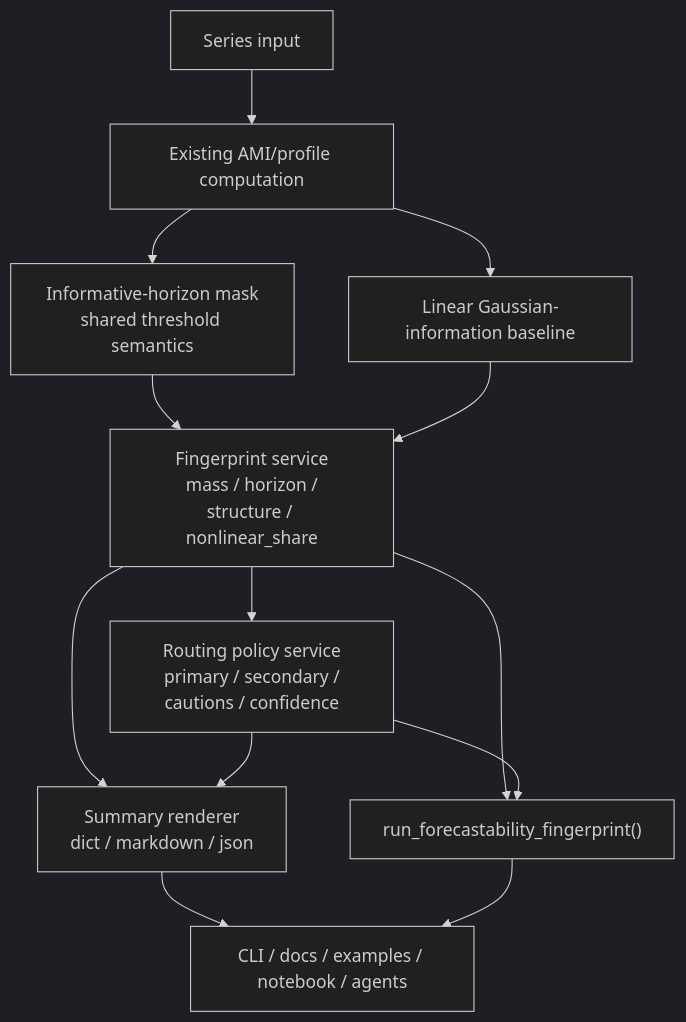
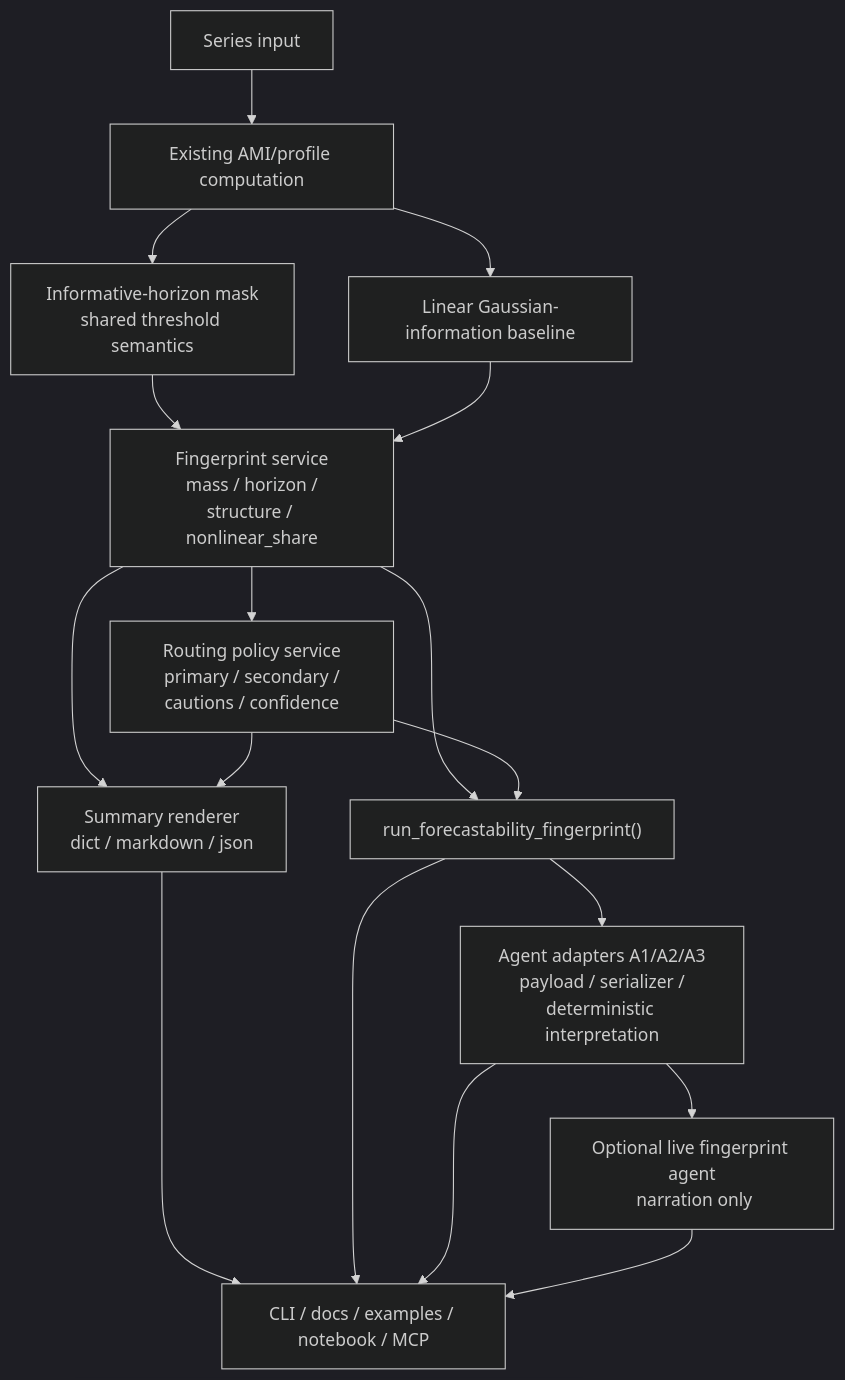
One commit to AdamKrysztopa/dependence-forecastability changed the diagram in docs/plan/v0_3_1_forecastability_fingerprint_model_routing_plan.md. Above: the diagram before and after it, drawn with Mermaid (dark theme). The commit also changed other lines of this file and 6 other files, not shown here.

````diff
--- a/docs/plan/v0_3_1_forecastability_fingerprint_model_routing_plan.md
+++ b/docs/plan/v0_3_1_forecastability_fingerprint_model_routing_plan.md
@@ -871,15 +992,19 @@
 ```mermaid
 flowchart TD
     A["Series input"] --> B["Existing AMI/profile computation"]
     B --> C["Informative-horizon mask\nshared threshold semantics"]
     B --> D["Linear Gaussian-information baseline"]
     C --> E["Fingerprint service\n mass / horizon / structure / nonlinear_share"]
     D --> E
     E --> F["Routing policy service\n primary / secondary / cautions / confidence"]
     E --> G["Summary renderer\n dict / markdown / json"]
     F --> G
     E --> H["run_forecastability_fingerprint()"]
     F --> H
-    G --> I["CLI / docs / examples / notebook / agents"]
-    H --> I
+    H --> I["Agent adapters A1/A2/A3\n payload / serializer / deterministic interpretation"]
+    I --> J["Optional live fingerprint agent\n narration only"]
+    G --> K["CLI / docs / examples / notebook / MCP"]
+    H --> K
+    I --> K
+    J --> K
 ```
````
